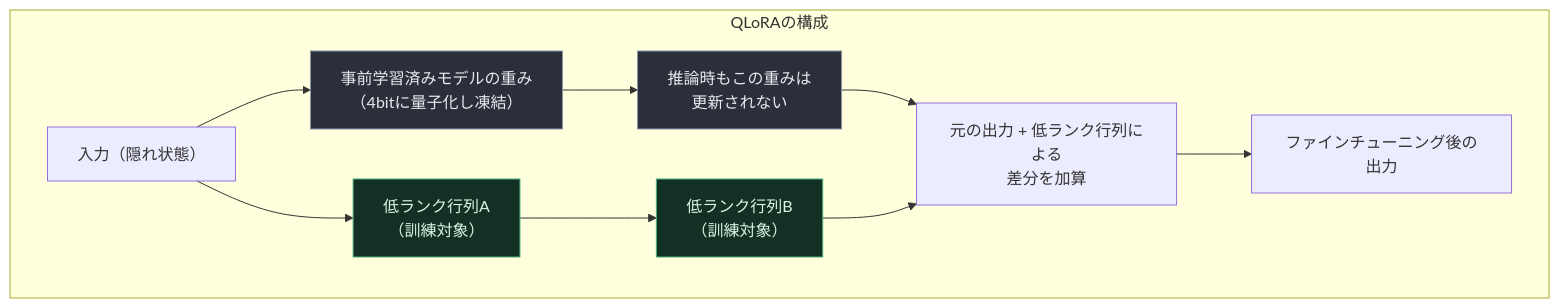
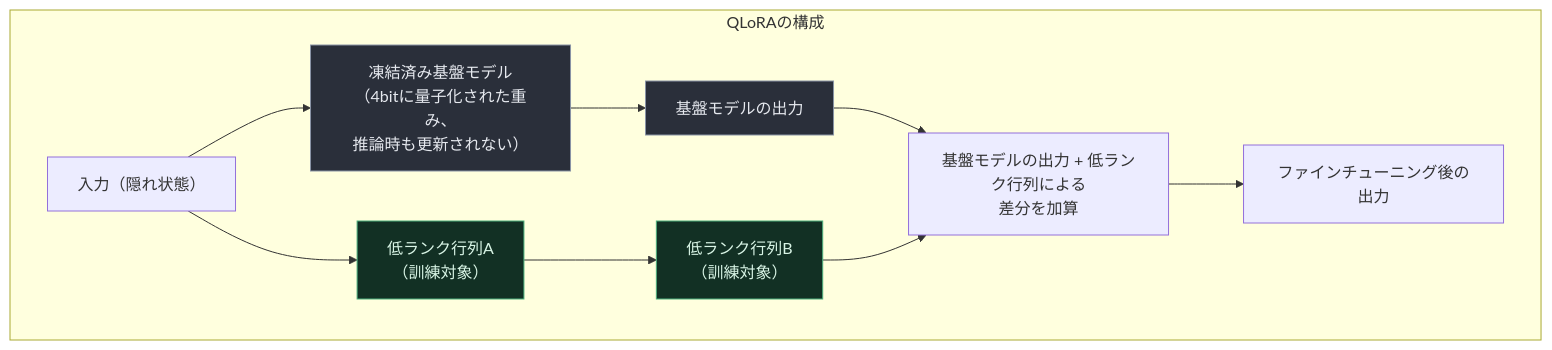
One commit to myoshi2891/Comparison-of-LLMs changed diagram 24 of 27 in Hands-on-large-language-models-guide.md. Above: the diagram before and after it, drawn with Mermaid. The commit also changed other lines of this file and 3 other files, not shown here.

Commit message:
docs(guides): refine technical descriptions, diagrams, and reference links across study guides

````diff
--- a/Hands-on-large-language-models-guide.md
+++ b/Hands-on-large-language-models-guide.md
@@ -639,17 +639,17 @@
 ```mermaid
 flowchart TB
     subgraph QLoRA["QLoRAの構成"]
-        Input["入力（隠れ状態）"] --> Base["事前学習済みモデルの重み<br/>（4bitに量子化し凍結）"]
-        Base --> Frozen["推論時もこの重みは<br/>更新されない"]
+        Input["入力（隠れ状態）"] --> Base["凍結済み基盤モデル<br/>（4bitに量子化された重み、<br/>推論時も更新されない）"]
+        Base --> BaseOut["基盤モデルの出力"]
         Input --> LoRA_A["低ランク行列A<br/>（訓練対象）"]
         LoRA_A --> LoRA_B["低ランク行列B<br/>（訓練対象）"]
-        Frozen --> Combine["元の出力 + 低ランク行列による<br/>差分を加算"]
+        BaseOut --> Combine["基盤モデルの出力 + 低ランク行列による<br/>差分を加算"]
         LoRA_B --> Combine
         Combine --> FinalOut["ファインチューニング後の出力"]
     end
 
     classDef frozenStyle fill:#2a2f3a,stroke:#8a94a6,color:#e6e9ef
     classDef trainStyle fill:#123024,stroke:#4caf7d,color:#d9f5e6
-    class Base,Frozen frozenStyle
+    class Base,BaseOut frozenStyle
     class LoRA_A,LoRA_B trainStyle
 ```
````
